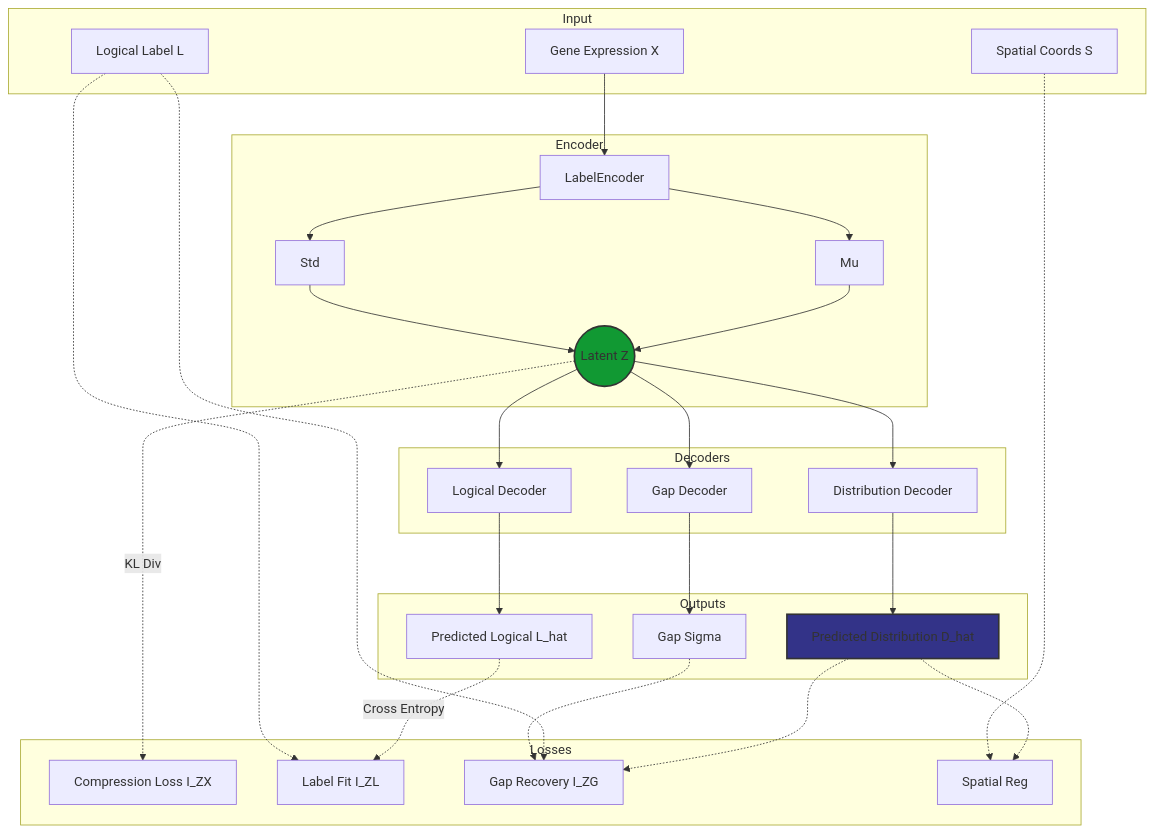
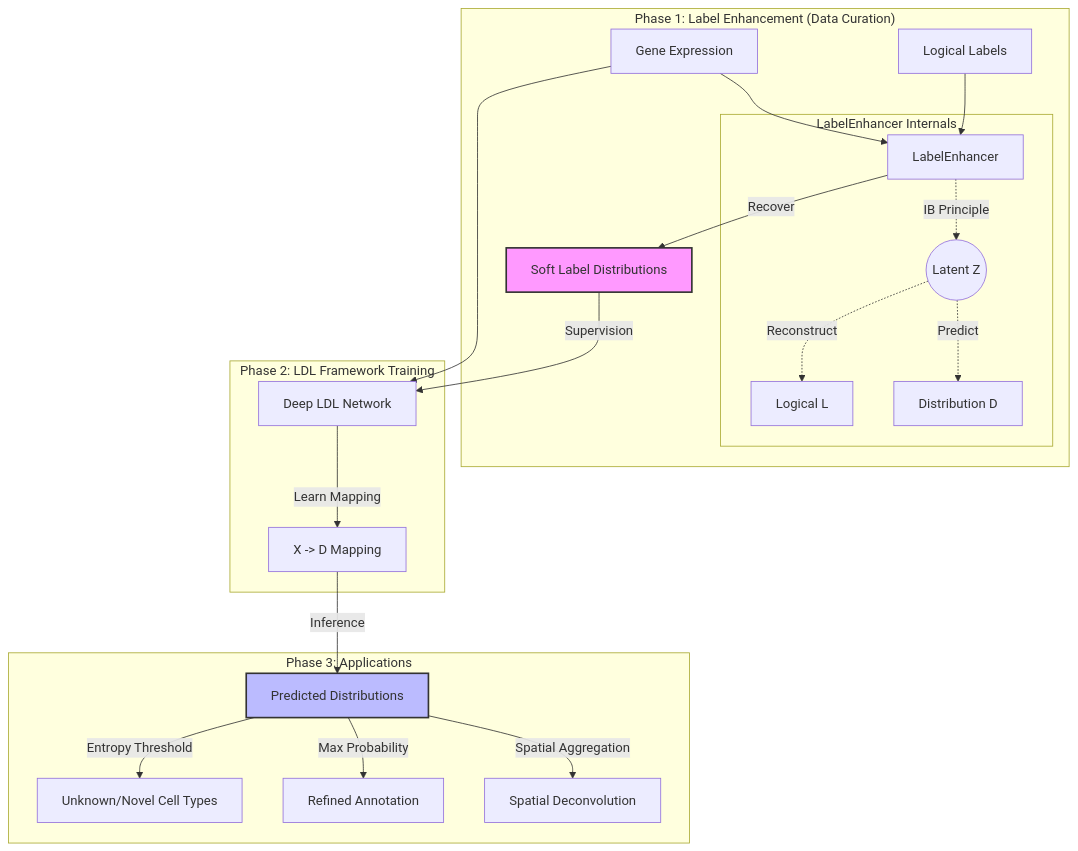
The diagram in README.md (Koushul/scLDL), drawn with Mermaid before and after one commit.

Commit message:
updated readme mermaid

````diff
--- a/README.md
+++ b/README.md
@@ -42,44 +42,35 @@
 ```mermaid
 graph TD
-    subgraph Input
-        X[Gene Expression X]
-        L[Logical Label L]
-        S[Spatial Coords S]
+    %% Phase 1: Label Enhancement
+    subgraph "Phase 1: Label Enhancement (Data Curation)"
+        Input_X[Gene Expression] --> LE_Model[LabelEnhancer]
+        Input_L[Logical Labels] --> LE_Model
+        LE_Model -->|Recover| True_Dist[Soft Label Distributions]
+        
+        %% Internal logic of LE (simplified)
+        subgraph "LabelEnhancer Internals"
+            LE_Model -.->|IB Principle| Latent_Z((Latent Z))
+            Latent_Z -.->|Reconstruct| Rec_L[Logical L]
+            Latent_Z -.->|Predict| Pred_D[Distribution D]
+        end
     end
 
-    subgraph Encoder
-        X --> Enc[LabelEncoder]
-        Enc --> Mu[Mu]
-        Enc --> Std[Std]
-        Mu --> Z((Latent Z))
-        Std --> Z
+    %% Phase 2: LDL Framework Training
+    subgraph "Phase 2: LDL Framework Training"
+        Input_X --> LDL_Net[Deep LDL Network]
+        True_Dist -->|Supervision| LDL_Net
+        LDL_Net -->|Learn Mapping| Learned_Map[X -> D Mapping]
     end
 
-    subgraph Decoders
-        Z --> Dec[Logical Decoder]
-        Z --> DistNet[Distribution Decoder]
-        Z --> GapNet[Gap Decoder]
+    %% Phase 3: Downstream Applications
+    subgraph "Phase 3: Applications"
+        Learned_Map -->|Inference| New_Dist[Predicted Distributions]
+        
+        New_Dist -->|Entropy Threshold| Unknown[Unknown/Novel Cell Types]
+        New_Dist -->|Max Probability| Annot[Refined Annotation]
+        New_Dist -->|Spatial Aggregation| Deconv[Spatial Deconvolution]
     end
 
-    subgraph Outputs
-        Dec --> L_hat[Predicted Logical L_hat]
-        DistNet --> D_hat[Predicted Distribution D_hat]
-        GapNet --> Sigma[Gap Sigma]
-    end
-
-    subgraph Losses
-        Z -.->|KL Div| Loss_IB[Compression Loss I_ZX]
-        L_hat -.->|Cross Entropy| Loss_Rec[Label Fit I_ZL]
-        L -.-> Loss_Rec
-        
-        D_hat -.-> Loss_Gap[Gap Recovery I_ZG]
-        L -.-> Loss_Gap
-        Sigma -.-> Loss_Gap
-        
-        D_hat -.-> Loss_Spatial[Spatial Reg]
-        S -.-> Loss_Spatial
-    end
-
-    style Z fill:#193,stroke:#333,stroke-width:2px
-    style D_hat fill:#338,stroke:#333,stroke-width:2px
+    style True_Dist fill:#f9f,stroke:#333,stroke-width:2px
+    style New_Dist fill:#bbf,stroke:#333,stroke-width:2px
 ```
````
